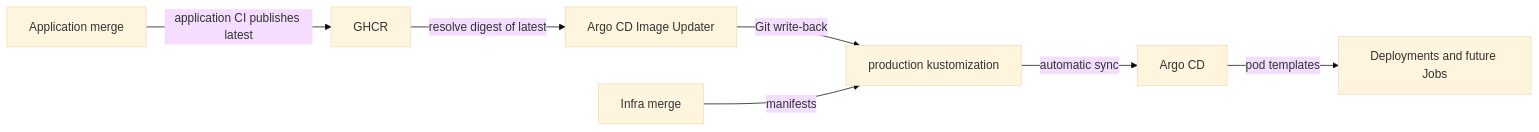
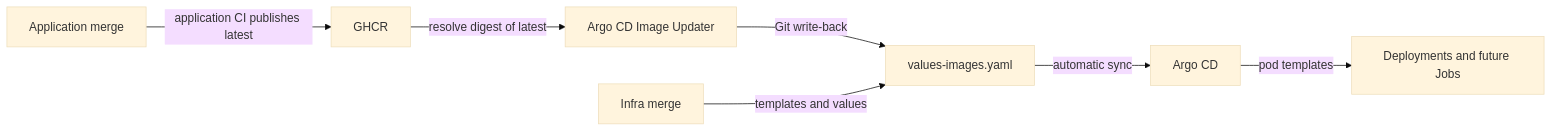
Before and after one commit to cvillarr23/fantasy-infra: the first of 2 diagrams in docs/deployment.md, drawn with Mermaid (base theme). The commit also changed other lines of this file and 99 other files, not shown here.

First line of the commit message:
Retire base/ and the overlays: the Helm chart is the only source

````diff
--- a/docs/deployment.md
+++ b/docs/deployment.md
@@ -9,9 +9,9 @@
 ```mermaid
 flowchart LR
     Merge[Application merge] -->|application CI publishes latest| Registry[GHCR]
     Registry -->|resolve digest of latest| Updater[Argo CD Image Updater]
-    Updater -->|Git write-back| Infra[production kustomization]
-    Config[Infra merge] -->|manifests| Infra
+    Updater -->|Git write-back| Infra[values-images.yaml]
+    Config[Infra merge] -->|templates and values| Infra
     Infra -->|automatic sync| Argo[Argo CD]
     Argo -->|pod templates| Pods[Deployments and future Jobs]
 ```
````
